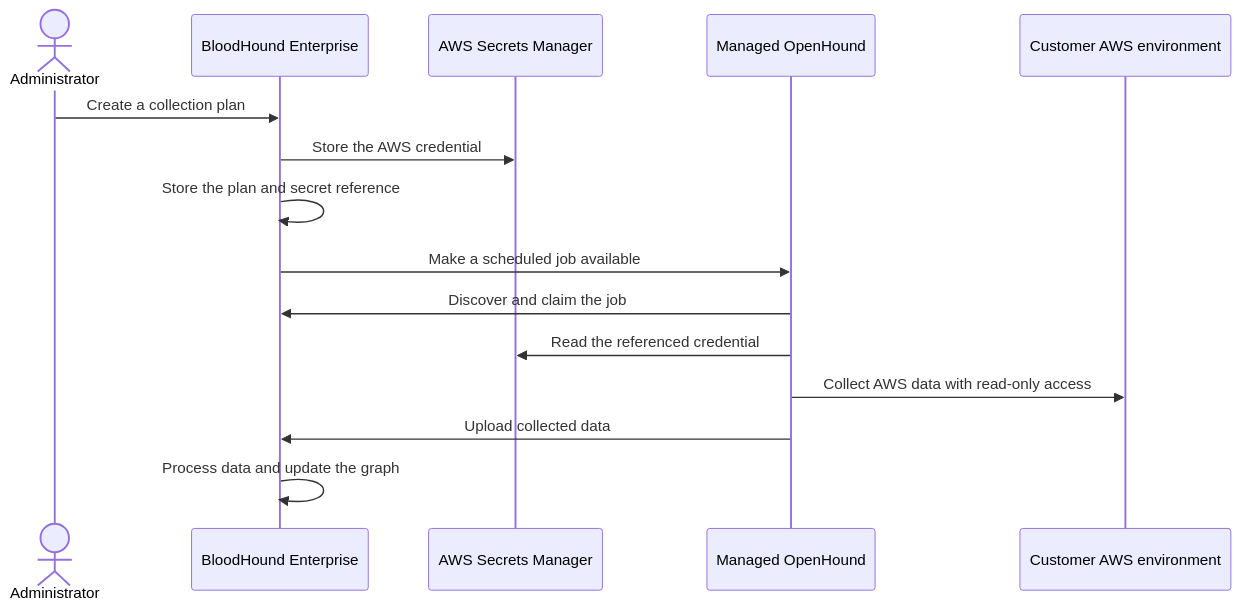
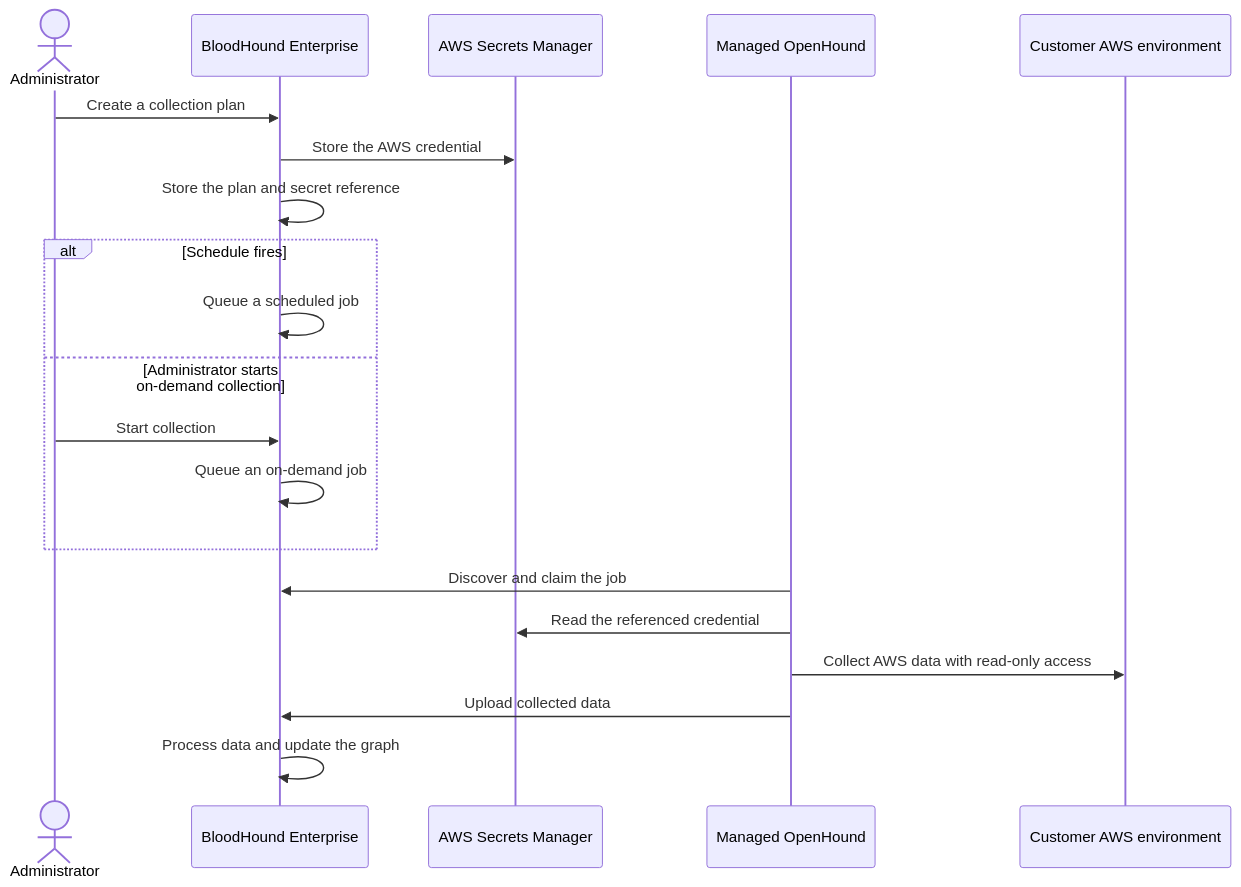
One commit to SpecterOps/bloodhound-docs changed the diagram in docs/collect-data/enterprise-collection/managed-collection/overview.mdx. Above: the diagram before and after it, drawn with Mermaid.

Commit message:
docs: apply suggestions from CR review on the workflowf diagram

````diff
--- a/docs/collect-data/enterprise-collection/managed-collection/overview.mdx
+++ b/docs/collect-data/enterprise-collection/managed-collection/overview.mdx
@@ -54,18 +54,23 @@
 ```mermaid
 sequenceDiagram
     actor Administrator
     participant BHE as BloodHound Enterprise
     participant Secrets as AWS Secrets Manager
     participant Collector as Managed OpenHound
     participant AWS as Customer AWS environment
 
     Administrator->>BHE: Create a collection plan
     BHE->>Secrets: Store the AWS credential
     BHE->>BHE: Store the plan and secret reference
-    BHE->>Collector: Make a scheduled job available
+    alt Schedule fires
+        BHE->>BHE: Queue a scheduled job
+    else Administrator starts on-demand collection
+        Administrator->>BHE: Start collection
+        BHE->>BHE: Queue an on-demand job
+    end
     Collector->>BHE: Discover and claim the job
     Collector->>Secrets: Read the referenced credential
     Collector->>AWS: Collect AWS data with read-only access
     Collector->>BHE: Upload collected data
     BHE->>BHE: Process data and update the graph
 ```
````
